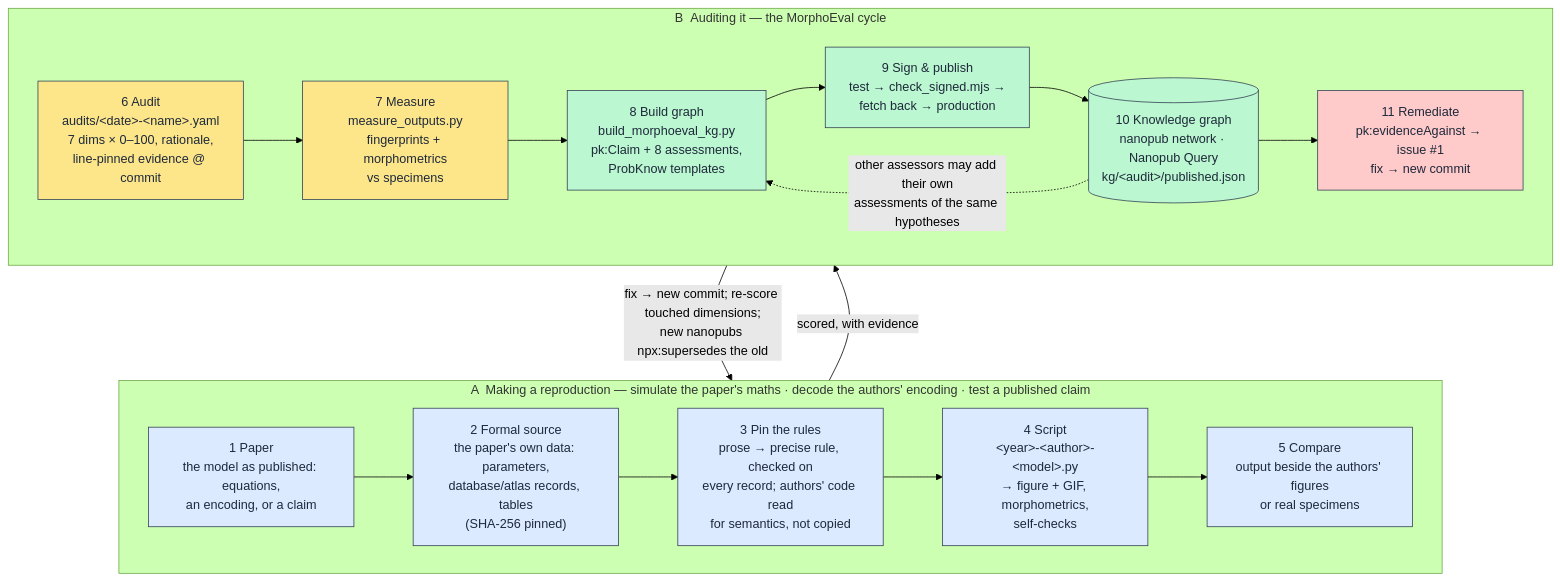
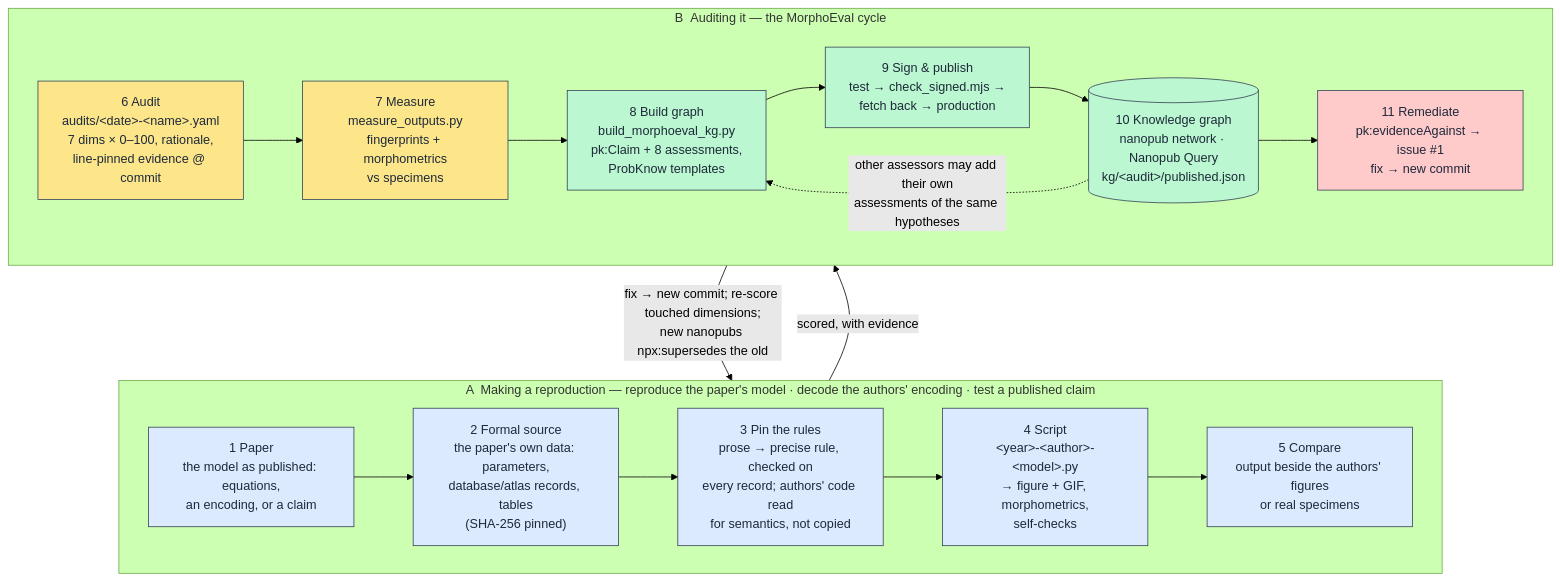
One commit to fractastical/morpholib changed the diagram in morphoeval/README.md. Above: the diagram before and after it, drawn with Mermaid (forest theme). The commit also changed other lines of this file and 4 other files, not shown here.

First line of the commit message:
Diagram and captions: 'reproduce the paper's model', not 'simulate the maths'

````diff
--- a/morphoeval/README.md
+++ b/morphoeval/README.md
@@ -54,32 +54,32 @@
 ```mermaid
 flowchart TB
     classDef build fill:#dbeafe,stroke:#334155,color:#1e293b
     classDef eval fill:#fde68a,stroke:#334155,color:#1e293b
     classDef pub fill:#bbf7d0,stroke:#334155,color:#1e293b
     classDef loop fill:#fecaca,stroke:#334155,color:#1e293b
 
-    subgraph A["A &nbsp;Making a reproduction — simulate the paper's maths · decode the authors' encoding · test a published claim"]
+    subgraph A["A &nbsp;Making a reproduction — reproduce the paper's model · decode the authors' encoding · test a published claim"]
         direction LR
         P["1 Paper<br/>the model as published: equations,<br/>an encoding, or a claim"]:::build
         S["2 Formal source<br/>the paper's own data: parameters,<br/>database/atlas records, tables<br/>(SHA-256 pinned)"]:::build
         R["3 Pin the rules<br/>prose → precise rule, checked on<br/>every record; authors' code read<br/>for semantics, not copied"]:::build
         X["4 Script<br/>&lt;year&gt;-&lt;author&gt;-&lt;model&gt;.py<br/>→ figure + GIF, morphometrics,<br/>self-checks"]:::build
         C["5 Compare<br/>output beside the authors' figures<br/>or real specimens"]:::build
         P --> S --> R --> X --> C
     end
 
     subgraph B["B &nbsp;Auditing it — the MorphoEval cycle"]
         direction LR
         AU["6 Audit<br/>audits/&lt;date&gt;-&lt;name&gt;.yaml<br/>7 dims × 0–100, rationale,<br/>line-pinned evidence @ commit"]:::eval
         M["7 Measure<br/>measure_outputs.py<br/>fingerprints + morphometrics<br/>vs specimens"]:::eval
         BG["8 Build graph<br/>build_morphoeval_kg.py<br/>pk:Claim + 8 assessments,<br/>ProbKnow templates"]:::pub
         PU["9 Sign &amp; publish<br/>test → check_signed.mjs →<br/>fetch back → production"]:::pub
         G[("10 Knowledge graph<br/>nanopub network · Nanopub Query<br/>kg/&lt;audit&gt;/published.json")]:::pub
         T["11 Remediate<br/>pk:evidenceAgainst → issue #1<br/>fix → new commit"]:::loop
         AU --> M --> BG --> PU --> G --> T
     end
 
     C -- scored, with evidence --> AU
     T -- "fix → new commit; re-score touched dimensions;<br/>new nanopubs npx:supersedes the old" --> X
     G -. other assessors may add their own<br/>assessments of the same hypotheses .-> BG
 ```
````
